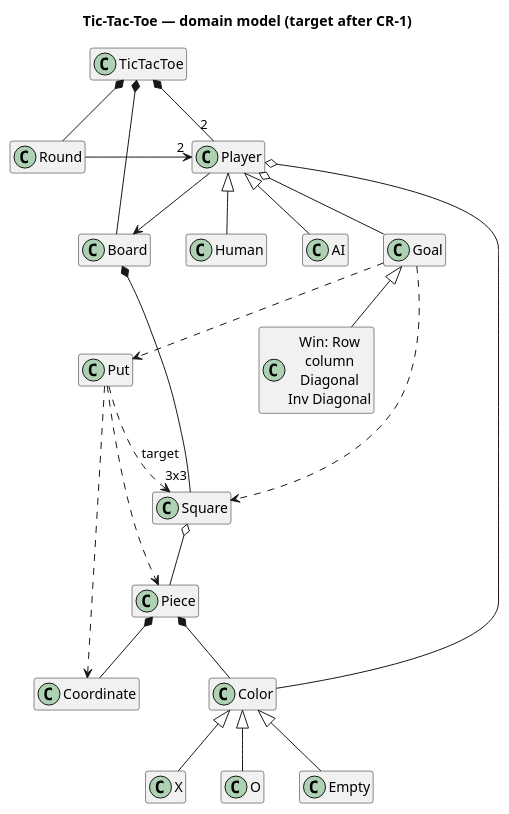
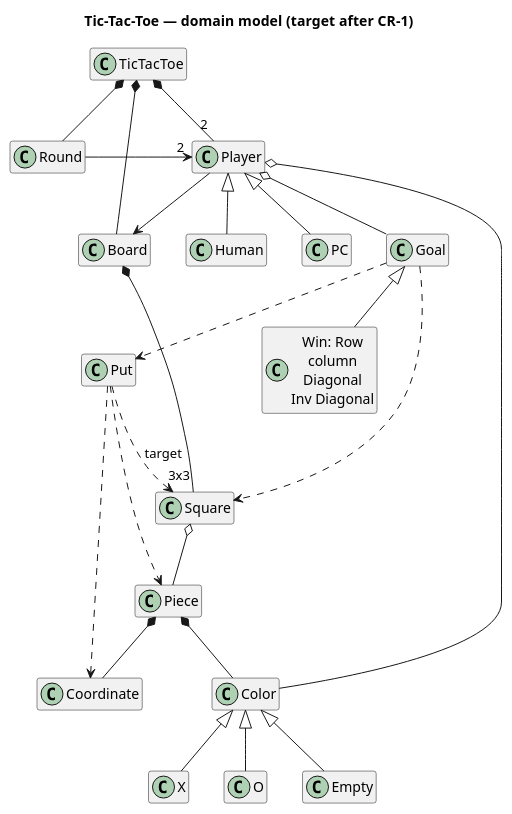
One commit to moroquin/tictactoe-bob-experiment changed the diagram in harness/reference/model-target.puml. Above: the diagram before and after it, drawn with PlantUML. The commit also changed 21 other files, not shown here.

```diff
--- a/harness/reference/model-target.puml
+++ b/harness/reference/model-target.puml
@@ -1,46 +1,48 @@
 @startuml
-' Full domain model as the team drew it: the target after CR-1 (Human vs. AI).
+' Full domain model as the team drew it: the target after CR-1 (Human vs. PC).
+' The original diagram calls the computer player AI; the experiment calls it PC, because it is a fixed
+' algorithm and not an AI model.
 ' Not given to Bob. Used to compare each branch's code with the domain model, and for the talk.
 title Tic-Tac-Toe — domain model (target after CR-1)
 hide empty members
 
 class TicTacToe
 class Board
 class Round
 class Player
 class Human
-class AI
+class PC
 class Goal
 class "Win: Row\ncolumn\nDiagonal\nInv Diagonal" as Win
 class Put
 class Square
 class Piece
 class Coordinate
 class Color
 class X
 class O
 class Empty
 
 TicTacToe *-- Board
 TicTacToe *-- Round
 TicTacToe *-- "2" Player
 Round -> "2" Player
 Player --> Board
 Player <|-- Human
-Player <|-- AI
+Player <|-- PC
 Player o-- Goal
 Player o-- Color
 Goal <|-- Win
 Goal ..> Square
 Goal ..> Put
 Board *-- "3x3" Square
 Put ..> Square : target
 Put ..> Coordinate
 Put ..> Piece
 Square o-- Piece
 Piece *-- Coordinate
 Piece *-- Color
 Color <|-- X
 Color <|-- O
 Color <|-- Empty
 @enduml
```
